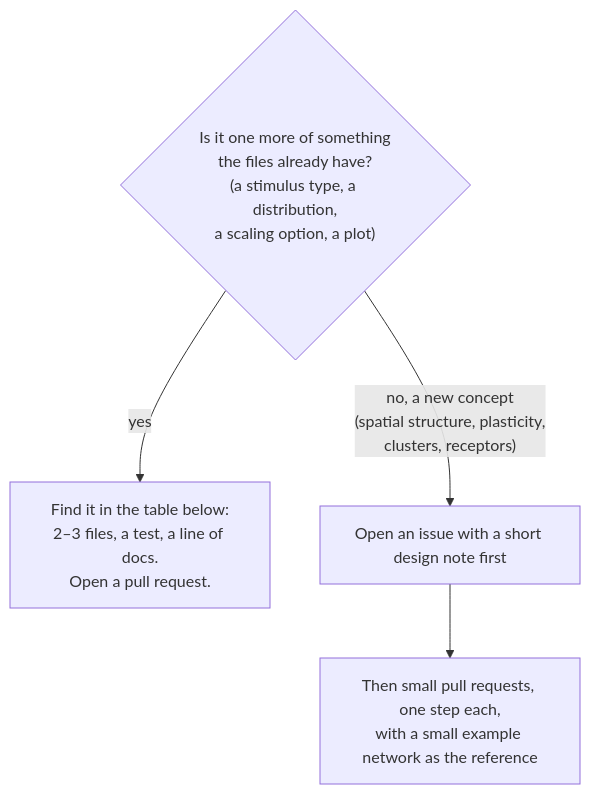
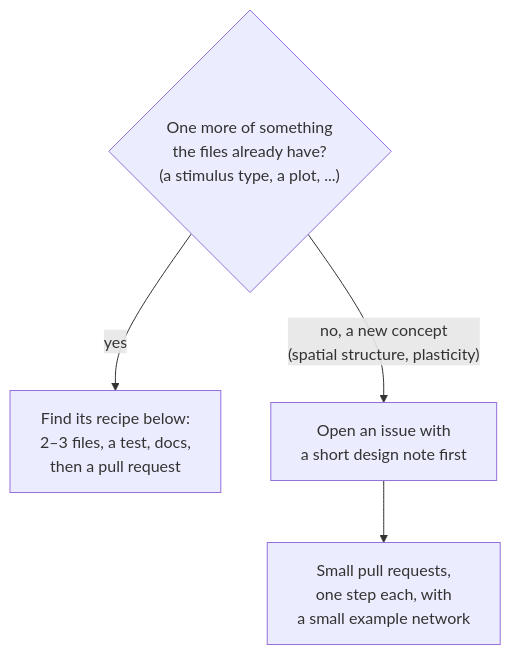
Before and after one commit to shimoura/microcircuit-lab: the second of 2 diagrams in CONTRIBUTING.md, drawn with Mermaid. The commit also changed other lines of this file and 7 other files, not shown here.

Commit message:
docs rewritten short and example-first; init --with-core copies the core into the project

````diff
--- a/CONTRIBUTING.md
+++ b/CONTRIBUTING.md
@@ -33,7 +31,7 @@
 ```mermaid
 flowchart TD
-  Q{"Is it one more of something<br/>the files already have?<br/>(a stimulus type, a distribution,<br/>a scaling option, a plot)"}
-  Q -->|yes| T["Find it in the table below:<br/>2–3 files, a test, a line of docs.<br/>Open a pull request."]
-  Q -->|"no, a new concept<br/>(spatial structure, plasticity,<br/>clusters, receptors)"| D["Open an issue with a short design note first"]
-  D --> S["Then small pull requests, one step each,<br/>with a small example network as the reference"]
+  Q{"One more of something<br/>the files already have?<br/>(a stimulus type, a plot, ...)"}
+  Q -->|yes| T["Find its recipe below:<br/>2–3 files, a test, docs,<br/>then a pull request"]
+  Q -->|"no, a new concept<br/>(spatial structure, plasticity)"| D["Open an issue with<br/>a short design note first"]
+  D --> S["Small pull requests,<br/>one step each, with<br/>a small example network"]
 ```
````
